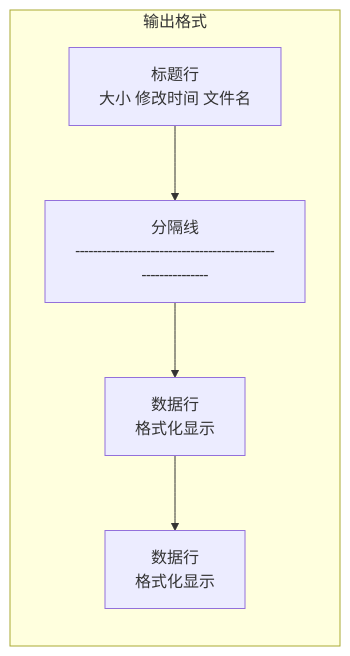
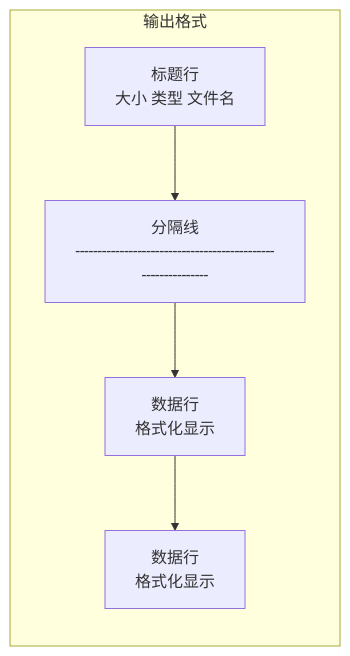
Before and after one commit to zhangjiacai-hub/myArchive: the fifth of 7 diagrams in .qoder/repowiki/zh/content/命令参考手册.md, drawn with Mermaid. The commit also changed other lines of this file and 6 other files, not shown here.

````diff
--- a/.qoder/repowiki/zh/content/命令参考手册.md
+++ b/.qoder/repowiki/zh/content/命令参考手册.md
@@ -355,12 +535,12 @@
 ```mermaid
 graph LR
 subgraph "输出格式"
-Header[标题行<br/>大小 修改时间 文件名]
+Header[标题行<br/>大小 类型 文件名]
 Separator[分隔线<br/>------------------------------------------------------------]
 Row1[数据行<br/>格式化显示]
 RowN[数据行<br/>格式化显示]
 end
 Header --> Separator
 Separator --> Row1
 Row1 --> RowN
 ```
````
